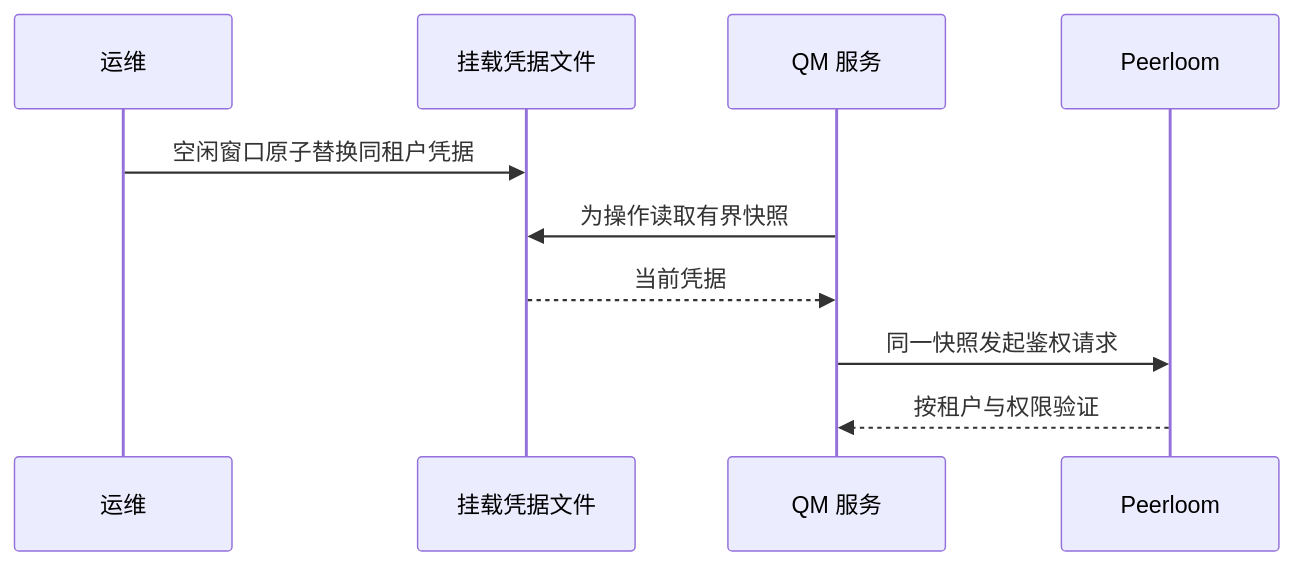
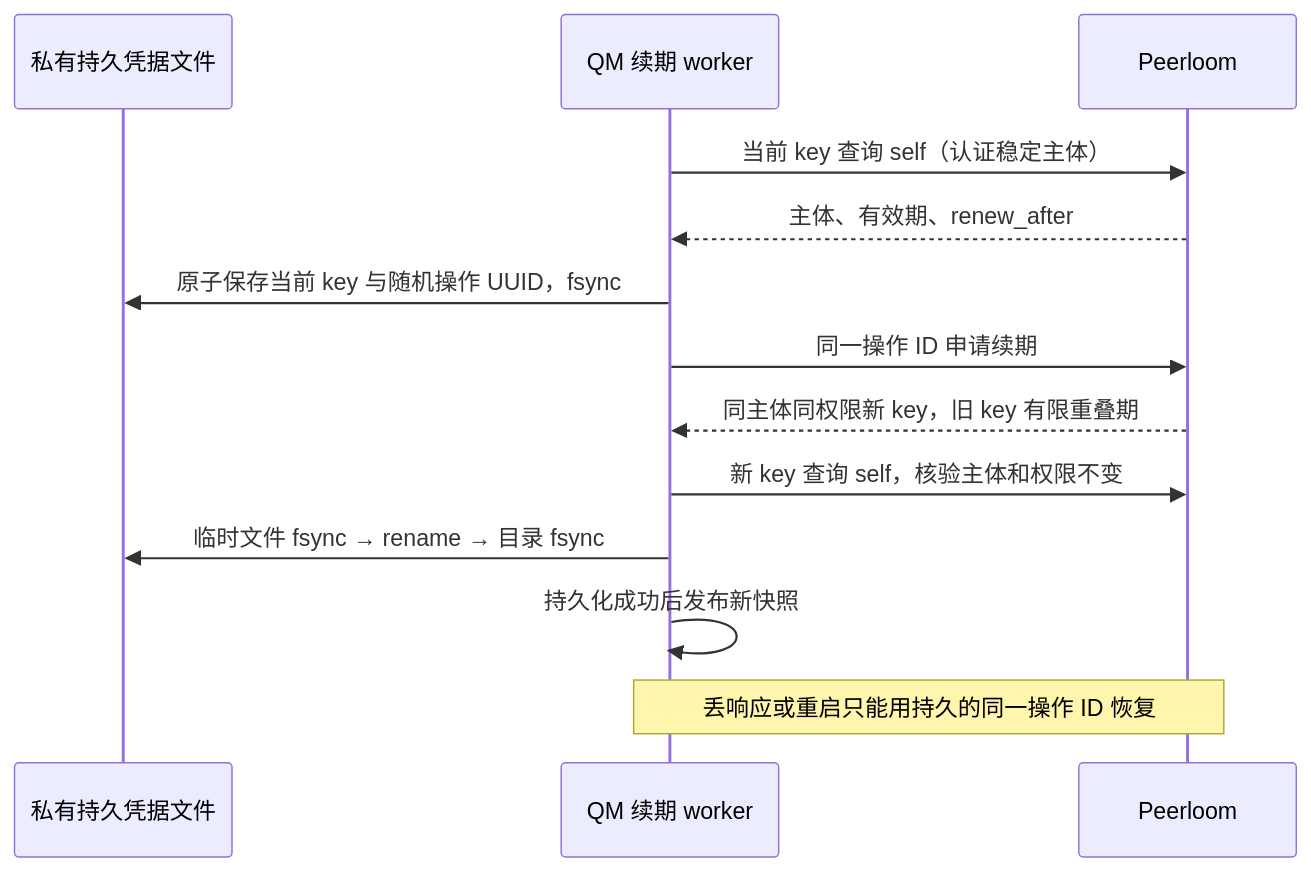
The diagram in README.md (barry-ran/quick-mirror-service), drawn with Mermaid before and after one commit. The commit also changed other lines of this file and 14 other files, not shown here.

````diff
--- a/README.md
+++ b/README.md
@@ -38,12 +38,15 @@
 ```mermaid
 sequenceDiagram
-    participant Ops as 运维
-    participant File as 挂载凭据文件
-    participant QM as QM 服务
+    participant File as 私有持久凭据文件
+    participant QM as QM 续期 worker
     participant PL as Peerloom
-    Ops->>File: 空闲窗口原子替换同租户凭据
-    QM->>File: 为操作读取有界快照
-    File-->>QM: 当前凭据
-    QM->>PL: 同一快照发起鉴权请求
-    PL-->>QM: 按租户与权限验证
+    QM->>PL: 当前 key 查询 self（认证稳定主体）
+    PL-->>QM: 主体、有效期、renew_after
+    QM->>File: 原子保存当前 key 与随机操作 UUID，fsync
+    QM->>PL: 同一操作 ID 申请续期
+    PL-->>QM: 同主体同权限新 key，旧 key 有限重叠期
+    QM->>PL: 新 key 查询 self，核验主体和权限不变
+    QM->>File: 临时文件 fsync → rename → 目录 fsync
+    QM->>QM: 持久化成功后发布新快照
+    Note over QM,PL: 丢响应或重启只能用持久的同一操作 ID 恢复
 ```
````
